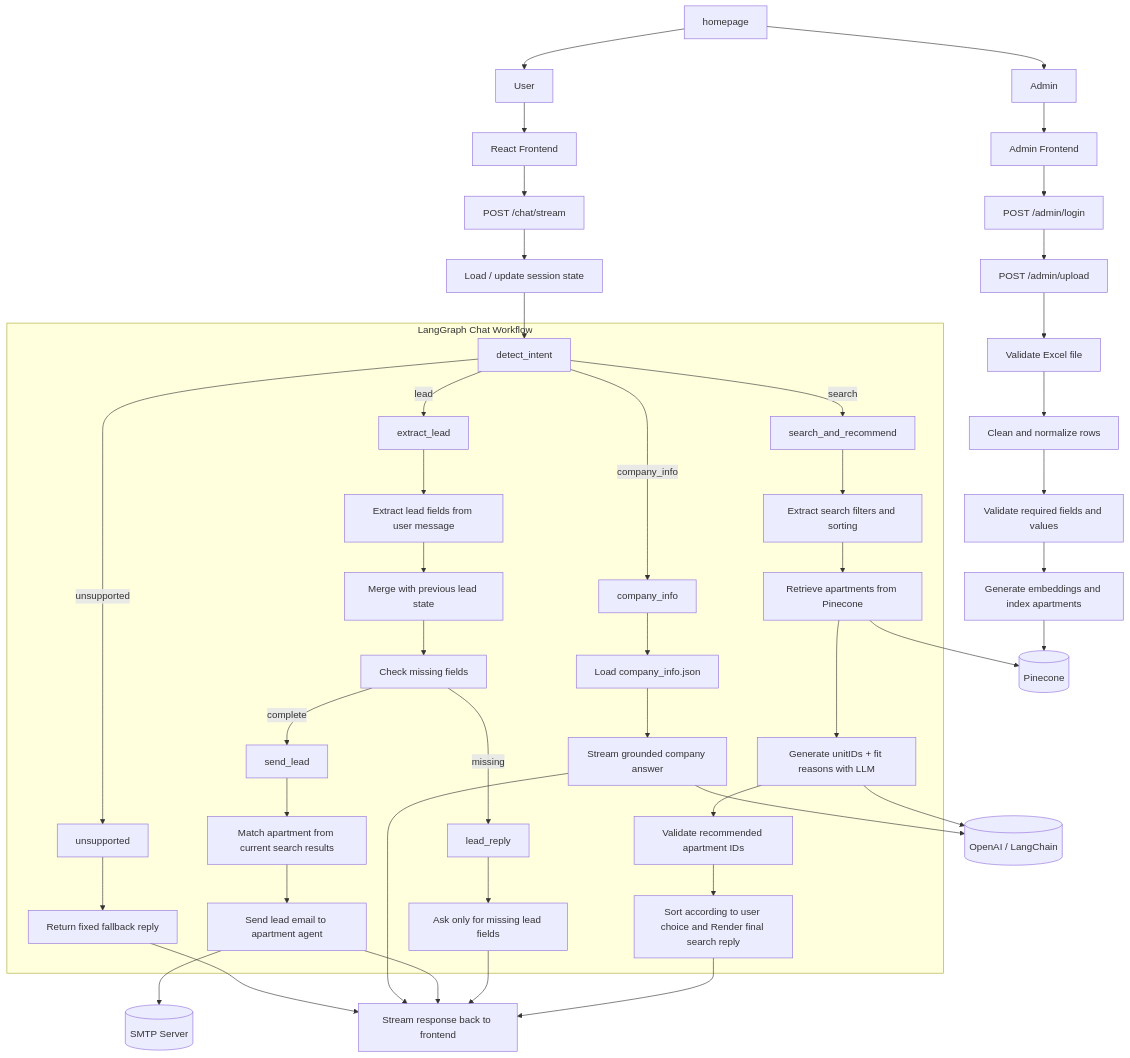
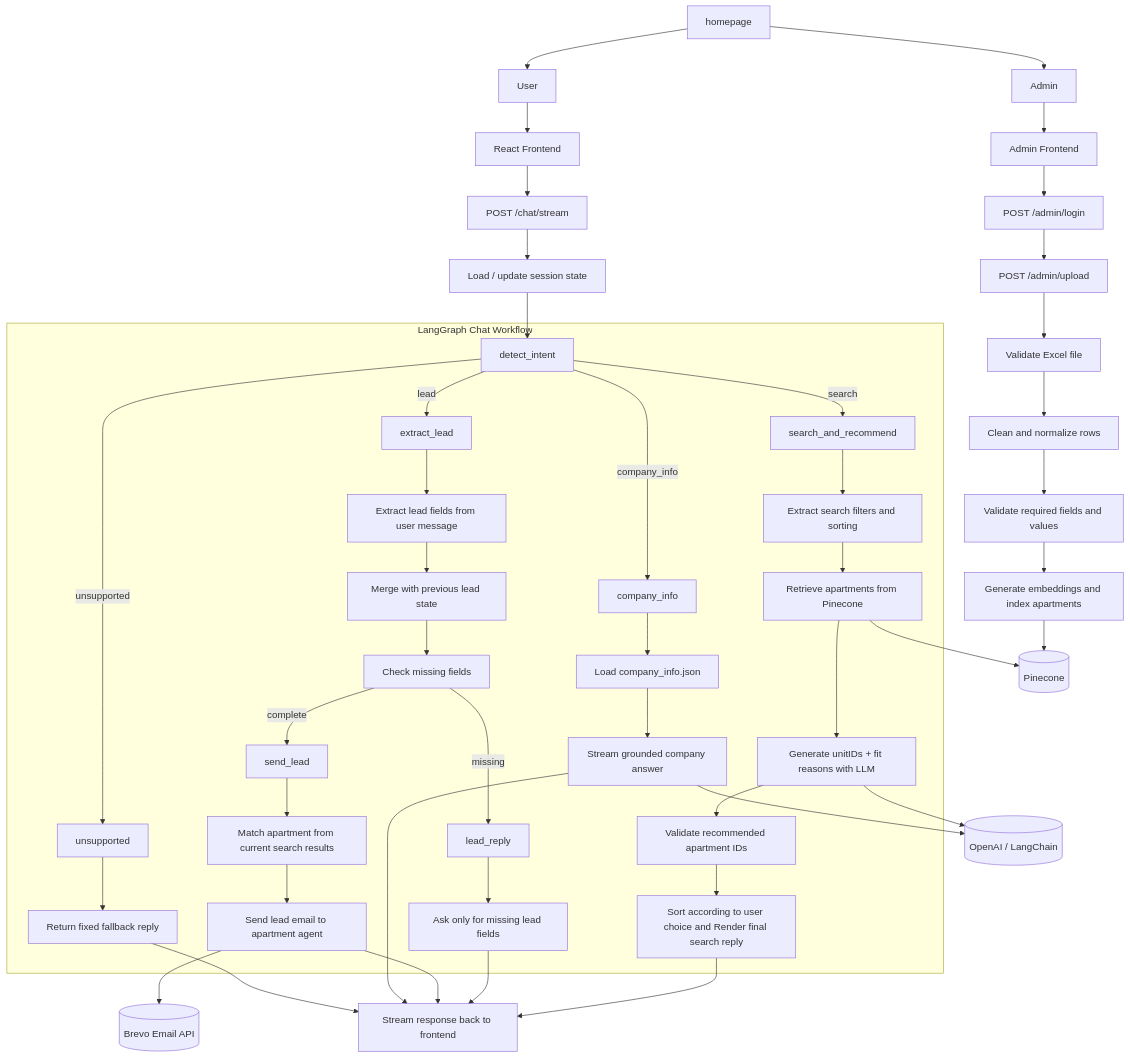
Before and after one commit to AhmedAshraf4/Apartment-Recommendation-Chatbot: the first of 2 diagrams in README.md, drawn with Mermaid. The commit also changed other lines of this file, not shown here.

````diff
--- a/README.md
+++ b/README.md
@@ -420,70 +426,70 @@
 ```mermaid
 flowchart TD
     homepage --> user
     homepage --> admin
     user[User] --> ui[React Frontend]
     admin[Admin] --> admin_ui[Admin Frontend]
 
     ui --> chat_api["POST /chat/stream"]
     admin_ui --> login_api["POST /admin/login"]
     login_api --> upload_api["POST /admin/upload"]
 
     upload_api --> validate_excel[Validate Excel file]
     validate_excel --> clean_rows[Clean and normalize rows]
     clean_rows --> validate_rows[Validate required fields and values]
     validate_rows --> embed_index[Generate embeddings and index apartments]
     embed_index --> pinecone[(Pinecone)]
 
     chat_api --> session_state[Load / update session state]
 
     subgraph langgraph_box["LangGraph Chat Workflow"]
         detect[detect_intent]
 
         search_node[search_and_recommend]
         search_node --> extract_filters[Extract search filters and sorting]
         extract_filters --> retrieve[Retrieve apartments from Pinecone]
         retrieve --> llm_reasoning[Generate unitIDs + fit reasons with LLM]
         llm_reasoning --> validate_ids[Validate recommended apartment IDs]
         validate_ids --> render_search[Sort according to user choice and Render final search reply]
 
         lead_node[extract_lead]
         lead_node --> lead_extract[Extract lead fields from user message]
         lead_extract --> lead_merge[Merge with previous lead state]
         lead_merge --> lead_check[Check missing fields]
 
         lead_reply[lead_reply]
         lead_reply --> ask_missing[Ask only for missing lead fields]
 
         send_lead[send_lead]
         send_lead --> match_apartment[Match apartment from current search results]
         match_apartment --> send_email_step[Send lead email to apartment agent]
 
         company_node[company_info]
         company_node --> company_json[Load company_info.json]
         company_json --> company_stream[Stream grounded company answer]
 
         unsupported_node[unsupported]
         unsupported_node --> fallback_reply[Return fixed fallback reply]
     end
 
     session_state --> detect
 
     detect -->|search| search_node
     detect -->|lead| lead_node
     detect -->|company_info| company_node
     detect -->|unsupported| unsupported_node
 
     lead_check -->|missing| lead_reply
     lead_check -->|complete| send_lead
 
     retrieve --> pinecone
     llm_reasoning --> openai[(OpenAI / LangChain)]
     company_stream --> openai
-    send_email_step --> smtp[(SMTP Server)]
+    send_email_step --> brevo[(Brevo Email API)]
 
     render_search --> stream_ui[Stream response back to frontend]
     ask_missing --> stream_ui
     send_email_step --> stream_ui
     company_stream --> stream_ui
     fallback_reply --> stream_ui
 ```
````
